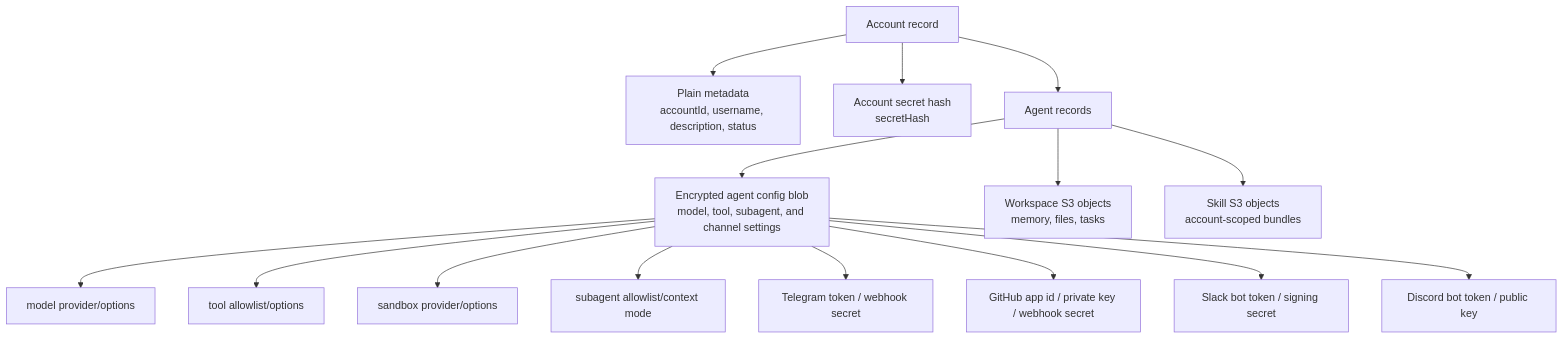
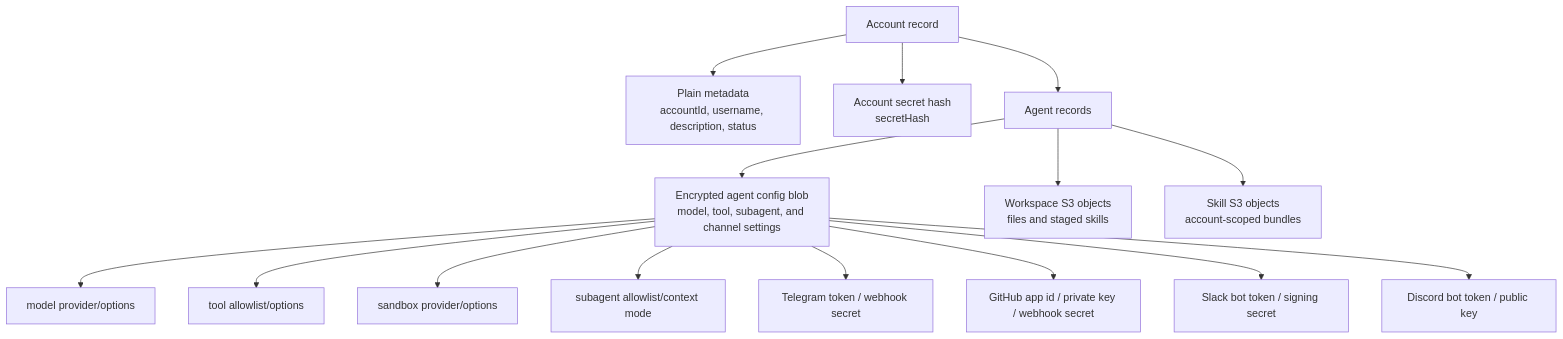
Before and after one commit to beeblastco/broods: the first of 2 diagrams in docs/data-security.md, drawn with Mermaid. The commit also changed other lines of this file and 41 other files, not shown here.

First line of the commit message:
feat: stage skills into sandbox with publish-back, drop memory/tasks tools

````diff
--- a/docs/data-security.md
+++ b/docs/data-security.md
@@ -7,18 +7,18 @@
 ```mermaid
 flowchart TD
   Account["Account record"] --> Meta["Plain metadata<br/>accountId, username, description, status"]
   Account --> Hash["Account secret hash<br/>secretHash"]
   Account --> Agent["Agent records"]
   Agent --> Config["Encrypted agent config blob<br/>model, tool, subagent, and channel settings"]
-  Agent --> Workspace["Workspace S3 objects<br/>memory, files, tasks"]
+  Agent --> Workspace["Workspace S3 objects<br/>files and staged skills"]
   Agent --> Skills["Skill S3 objects<br/>account-scoped bundles"]
 
   Config --> Model["model provider/options"]
   Config --> Tools["tool allowlist/options"]
   Config --> Sandbox["sandbox provider/options"]
   Config --> Subagents["subagent allowlist/context mode"]
   Config --> Telegram["Telegram token / webhook secret"]
   Config --> GitHub["GitHub app id / private key / webhook secret"]
   Config --> Slack["Slack bot token / signing secret"]
   Config --> Discord["Discord bot token / public key"]
 ```
````
